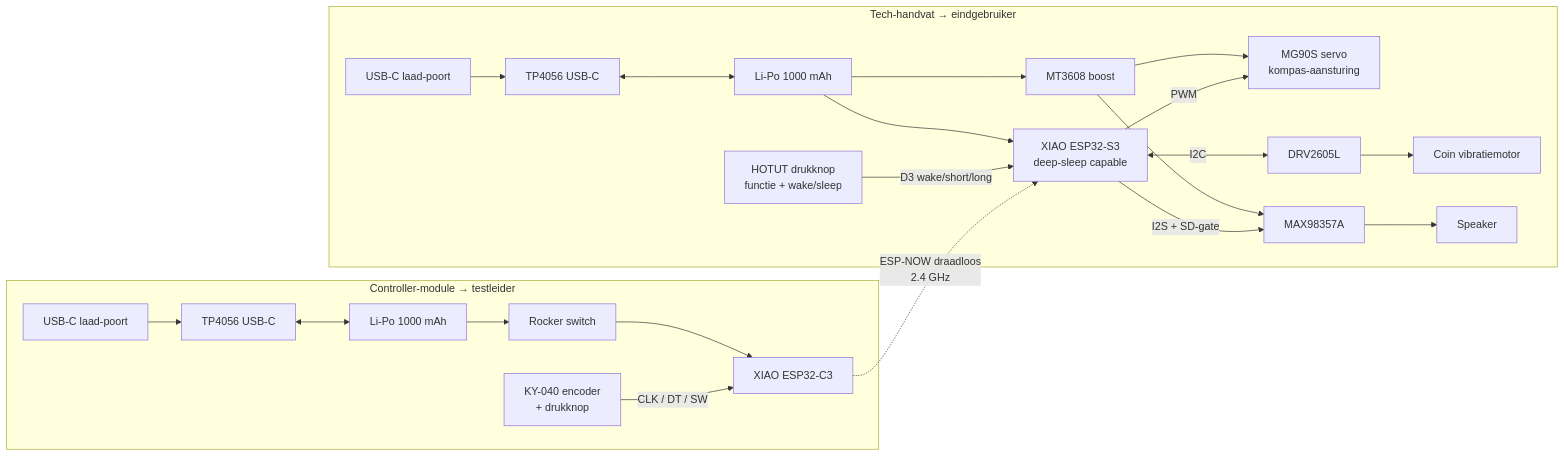
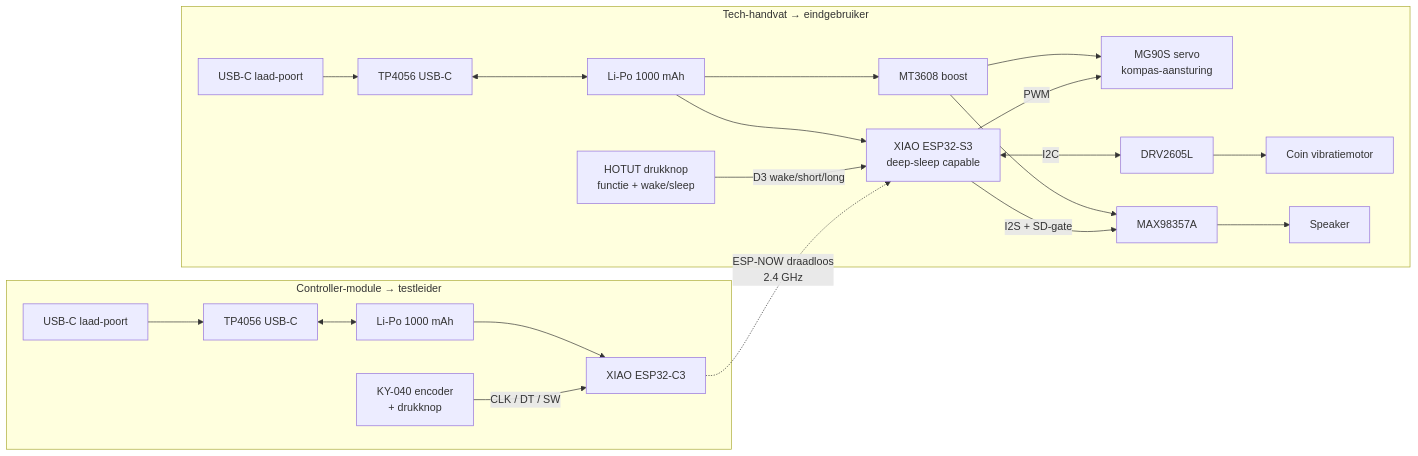
Before and after one commit to spiryns/UCD: the first of 3 diagrams in docs/wiring.md, drawn with Mermaid. The commit also changed other lines of this file and 2 other files, not shown here.

````diff
--- a/docs/wiring.md
+++ b/docs/wiring.md
@@ -17,41 +17,40 @@
 ```mermaid
 flowchart LR
     subgraph CTRL["Controller-module → testleider"]
         ENC[KY-040 encoder<br/>+ drukknop]
         C3[XIAO ESP32-C3]
         BAT2[Li-Po 1000 mAh]
         TP2[TP4056 USB-C]
-        SW2[Rocker switch]
         USBC2[USB-C laad-poort]
         USBC2 --> TP2
         TP2 <--> BAT2
-        BAT2 --> SW2 --> C3
+        BAT2 --> C3
         ENC -->|CLK / DT / SW| C3
     end
 
     subgraph HANDLE["Tech-handvat → eindgebruiker"]
         S3[XIAO ESP32-S3<br/>deep-sleep capable]
         SERVO[MG90S servo<br/>kompas-aansturing]
         DRV[DRV2605L]
         COIN[Coin vibratiemotor]
         AMP[MAX98357A]
         SPK[Speaker]
         BTN[HOTUT drukknop<br/>functie + wake/sleep]
         BAT1[Li-Po 1000 mAh]
         TP1[TP4056 USB-C]
         BOOST[MT3608 boost]
         USBC1[USB-C laad-poort]
         USBC1 --> TP1
         TP1 <--> BAT1
         BAT1 --> S3
         BAT1 --> BOOST
         BOOST --> SERVO
         BOOST --> AMP
         S3 <-->|I2C| DRV --> COIN
         S3 -->|PWM| SERVO
         S3 -->|I2S + SD-gate| AMP --> SPK
         BTN -->|D3 wake/short/long| S3
     end
 
     C3 -.->|ESP-NOW draadloos<br/>2.4 GHz| S3
 ```
````
